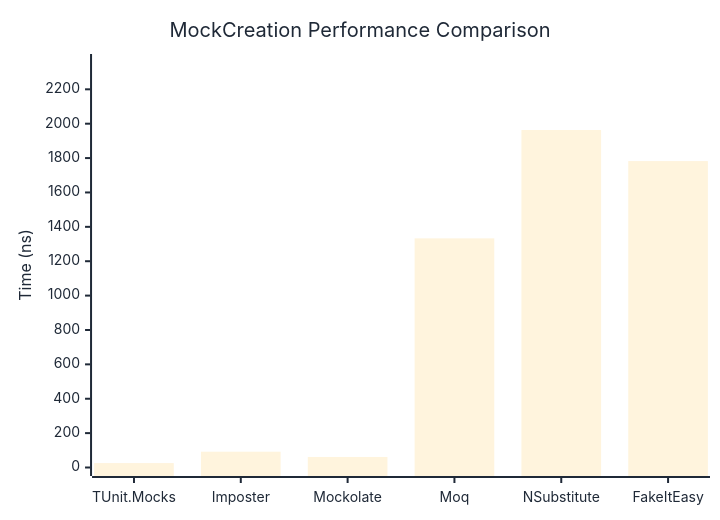
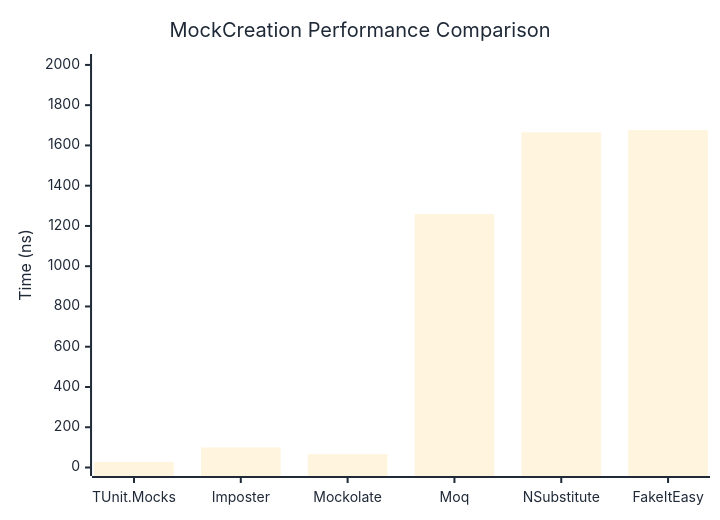
The first of 2 diagrams in docs/docs/benchmarks/mocks/MockCreation.md (thomhurst/TUnit), drawn with Mermaid before and after one commit. The commit also changed other lines of this file and 14 other files, not shown here.

````diff
--- a/docs/docs/benchmarks/mocks/MockCreation.md
+++ b/docs/docs/benchmarks/mocks/MockCreation.md
@@ -28,27 +28,27 @@
 ```mermaid
 %%{init: {
   'theme':'base',
   'themeVariables': {
     'primaryColor': '#2563eb',
     'primaryTextColor': '#1f2937',
     'primaryBorderColor': '#1e40af',
     'lineColor': '#6b7280',
     'secondaryColor': '#7c3aed',
     'tertiaryColor': '#dc2626',
     'background': '#ffffff',
     'pie1': '#2563eb',
     'pie2': '#7c3aed',
     'pie3': '#dc2626',
     'pie4': '#f59e0b',
     'pie5': '#10b981',
     'pie6': '#06b6d4',
     'pie7': '#ec4899',
     'pie8': '#6366f1'
   }
 }}%%
 xychart-beta
   title "MockCreation Performance Comparison"
   x-axis ["TUnit.Mocks", "Imposter", "Mockolate", "Moq", "NSubstitute", "FakeItEasy"]
-  y-axis "Time (ns)" 0 --> 2356
-  bar [25.67, 91.97, 61.38, 1332.99, 1963.28, 1782.54]
+  y-axis "Time (ns)" 0 --> 2012
+  bar [27.86, 99.6, 66.16, 1259.41, 1665.13, 1676.09]
 ```
````
